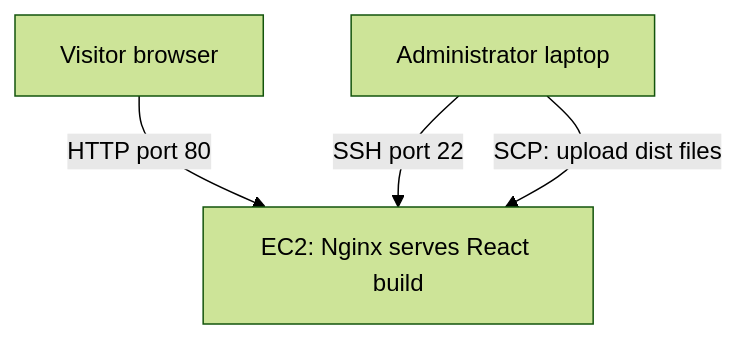
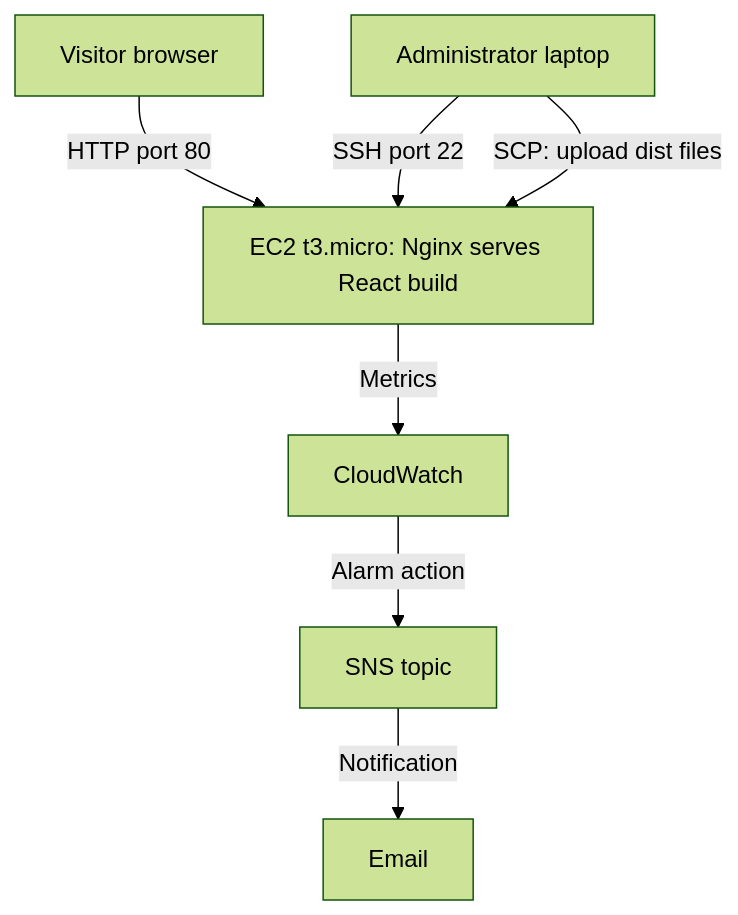
The diagram in README.md (Syahdan24-Danz/syahdanf), drawn with Mermaid (forest theme) before and after one commit. The commit also changed other lines of this file and 8 other files, not shown here.

````diff
--- a/README.md
+++ b/README.md
@@ -38,6 +31,9 @@
 ```mermaid
 flowchart TD
-    V["Visitor browser"] -->|HTTP port 80| E["EC2: Nginx serves React build"]
+    V["Visitor browser"] -->|HTTP port 80| E["EC2 t3.micro: Nginx serves React build"]
     A["Administrator laptop"] -->|SSH port 22| E
     A -->|SCP: upload dist files| E
+    E -->|Metrics| C["CloudWatch"]
+    C -->|Alarm action| S["SNS topic"]
+    S -->|Notification| M["Email"]
 ```
````
